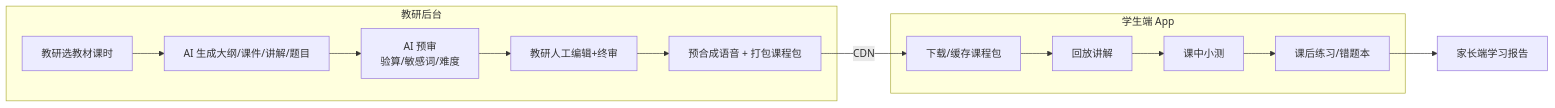
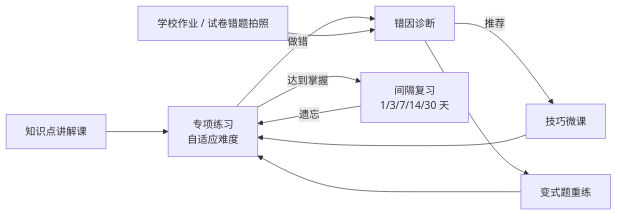
One commit to yinshujin/xuexi changed the second of 3 diagrams in docs/solution-plan.md. Above: the diagram before and after it, drawn with Mermaid. The commit also changed other lines of this file and 1 other file, not shown here.

````diff
--- a/docs/solution-plan.md
+++ b/docs/solution-plan.md
@@ -121,16 +86,12 @@
 ```mermaid
 flowchart LR
-  subgraph 教研后台
-    T1[教研选教材课时] --> T2[AI 生成大纲/课件/讲解/题目]
-    T2 --> T3[AI 预审<br/>验算/敏感词/难度]
-    T3 --> T4[教研人工编辑+终审]
-    T4 --> T5[预合成语音 + 打包课程包]
-  end
-  T5 -->|CDN| S1
-  subgraph 学生端 App
-    S1[下载/缓存课程包] --> S2[回放讲解]
-    S2 --> S3[课中小测]
-    S3 --> S4[课后练习/错题本]
-  end
-  S4 --> P[家长端学习报告]
+  L[知识点讲解课] --> P[专项练习<br/>自适应难度]
+  T[技巧微课] --> P
+  P -->|做错| D[错因诊断]
+  D -->|推荐| T
+  D --> V[变式题重练]
+  V --> P
+  P -->|达到掌握| R[间隔复习<br/>1/3/7/14/30 天]
+  R -->|遗忘| P
+  S[学校作业 / 试卷错题拍照] --> D
 ```
````
